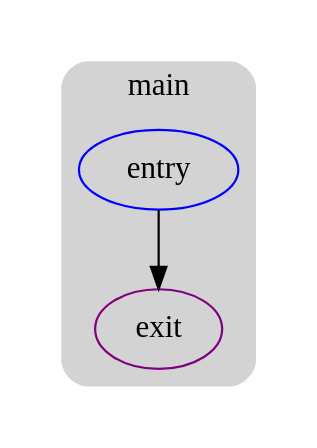
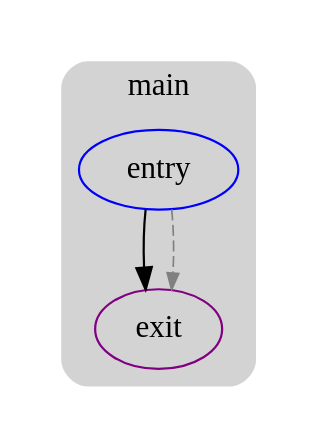
The diagram in playground/simple.domtree.dot (UnsignedByte/6120), drawn with Graphviz before and after one commit. The commit also changed 90 other files, not shown here.

```diff
--- a/playground/simple.domtree.dot
+++ b/playground/simple.domtree.dot
@@ -1,15 +1,16 @@
-strict digraph G {
+digraph G {
   compound=true
   subgraph cluster_ {
     peripheries=0
     subgraph cluster_0 {
       label="main"
       color=darkgray
       style=rounded
       bgcolor=lightgray
       cluster_0_0[label="entry",shape=oval,color=blue,rank=source]
       cluster_0_exit[label=exit,color=purple,rank=sink]
-      cluster_0_0 -> cluster_0_exit
+      cluster_0_0 -> cluster_0_exit [color=black]
+      cluster_0_0 -> cluster_0_exit [color=gray,style=dashed,constraint=false,penwidth=0.75,arrowsize=0.75]
     }
   }
 }
```
